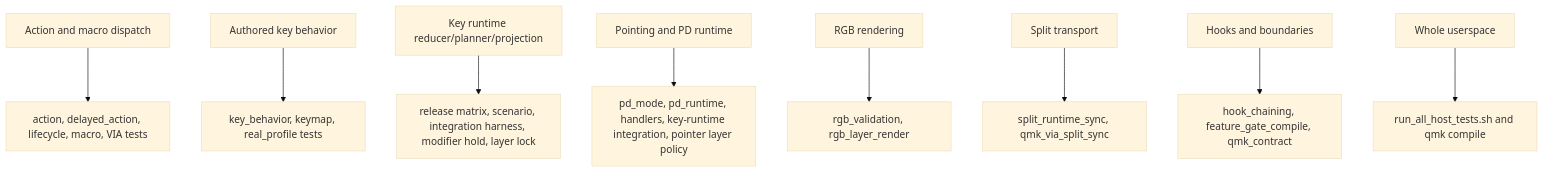
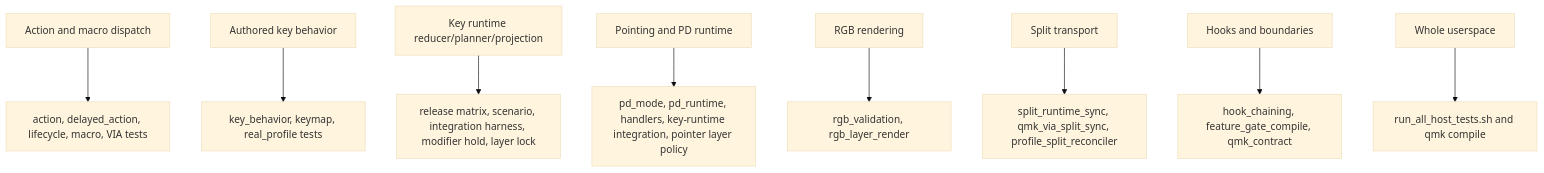
One commit to NoahCLR/charybdis-4x6 changed diagram 11 of 11 in docs/architecture/runtime-flow.md. Above: the diagram before and after it, drawn with Mermaid (base theme). The commit also changed other lines of this file and 29 other files, not shown here.

Commit message:
Add bidirectional profile split reconciler

````diff
--- a/docs/architecture/runtime-flow.md
+++ b/docs/architecture/runtime-flow.md
@@ -271,11 +299,11 @@
 ```mermaid
 flowchart TD
     action["Action and macro dispatch"] --> action_tests["action, delayed_action, lifecycle, macro, VIA tests"]
     key_behavior["Authored key behavior"] --> behavior_tests["key_behavior, keymap, real_profile tests"]
     key_runtime["Key runtime reducer/planner/projection"] --> runtime_tests["release matrix, scenario, integration harness, modifier hold, layer lock"]
     pd["Pointing and PD runtime"] --> pd_tests["pd_mode, pd_runtime, handlers, key-runtime integration, pointer layer policy"]
     rgb["RGB rendering"] --> rgb_tests["rgb_validation, rgb_layer_render"]
-    split["Split transport"] --> split_tests["split_runtime_sync, qmk_via_split_sync"]
+    split["Split transport"] --> split_tests["split_runtime_sync, qmk_via_split_sync, profile_split_reconciler"]
     hooks["Hooks and boundaries"] --> boundary_tests["hook_chaining, feature_gate_compile, qmk_contract"]
     all["Whole userspace"] --> full["run_all_host_tests.sh and qmk compile"]
 ```
````
